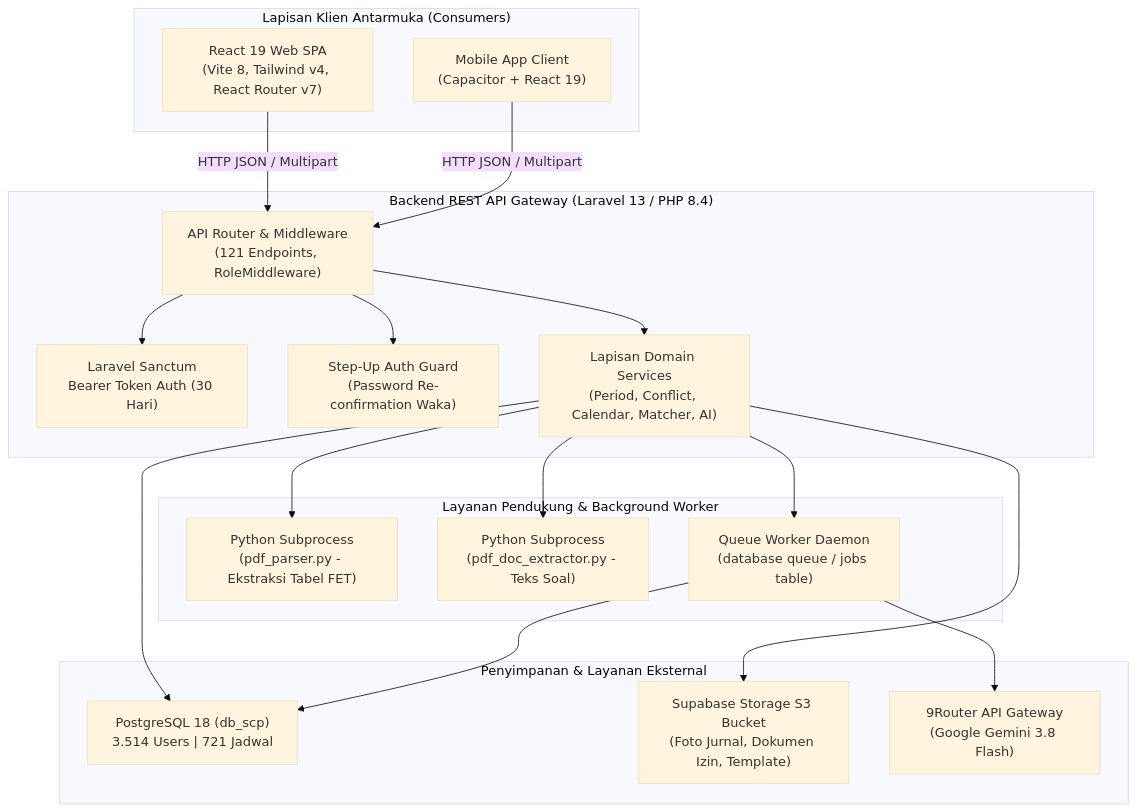
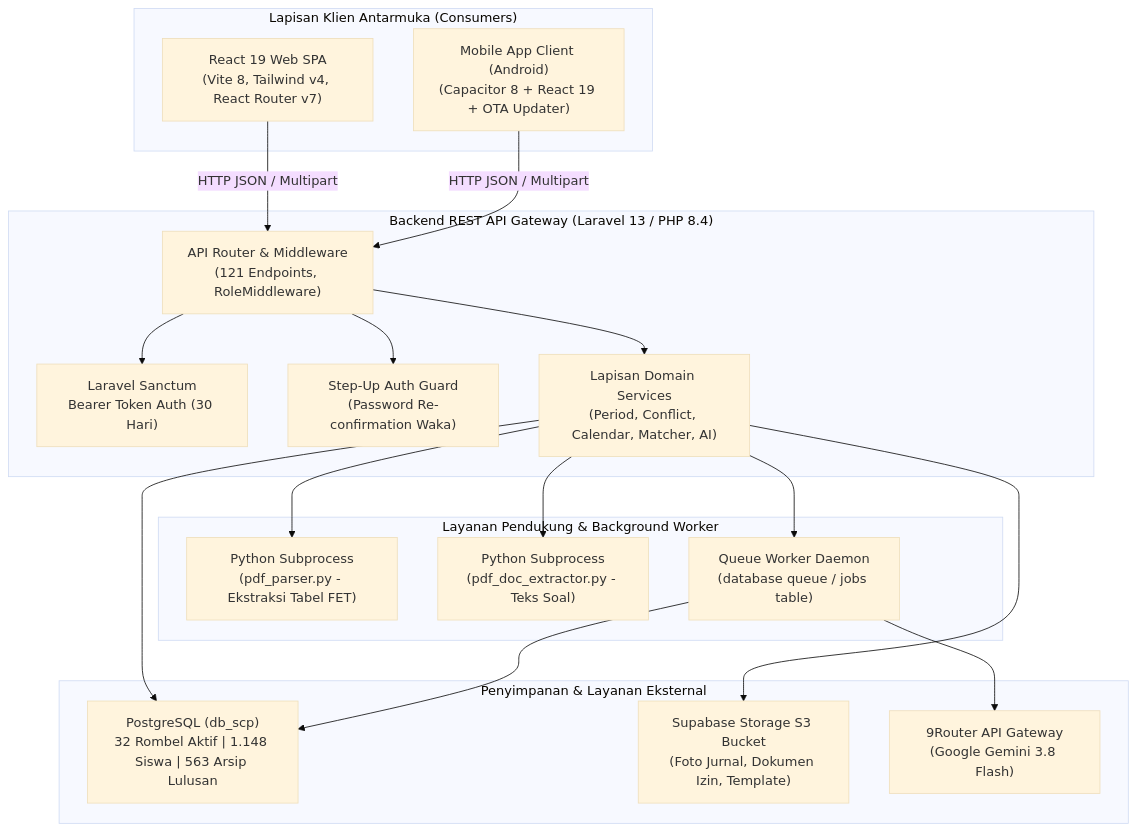
Before and after one commit to lino089/SCP-Project: the first of 4 diagrams in README.md, drawn with Mermaid (base theme). The commit also changed other lines of this file and 18 other files, not shown here.

````diff
--- a/README.md
+++ b/README.md
@@ -52,39 +56,39 @@
 ```mermaid
 flowchart TD
     subgraph Clients["Lapisan Klien Antarmuka (Consumers)"]
         WEB["React 19 Web SPA\n(Vite 8, Tailwind v4, React Router v7)"]
-        MOB["Mobile App Client\n(Capacitor + React 19)"]
+        MOB["Mobile App Client (Android)\n(Capacitor 8 + React 19 + OTA Updater)"]
     end
 
     subgraph BackendAPI["Backend REST API Gateway (Laravel 13 / PHP 8.4)"]
         SANCTUM["Laravel Sanctum\nBearer Token Auth (30 Hari)"]
         STEPUP["Step-Up Auth Guard\n(Password Re-confirmation Waka)"]
         ROUTER["API Router & Middleware\n(121 Endpoints, RoleMiddleware)"]
         SERVICES["Lapisan Domain Services\n(Period, Conflict, Calendar, Matcher, AI)"]
     end
 
     subgraph Subsystems["Layanan Pendukung & Background Worker"]
         PY_FET["Python Subprocess\n(pdf_parser.py - Ekstraksi Tabel FET)"]
         PY_DOC["Python Subprocess\n(pdf_doc_extractor.py - Teks Soal)"]
         QUEUE["Queue Worker Daemon\n(database queue / jobs table)"]
     end
 
     subgraph DataStorage["Penyimpanan & Layanan Eksternal"]
-        PG["PostgreSQL 18 (db_scp)\n3.514 Users | 721 Jadwal"]
+        PG["PostgreSQL (db_scp)\n32 Rombel Aktif | 1.148 Siswa | 563 Arsip Lulusan"]
         S3["Supabase Storage S3 Bucket\n(Foto Jurnal, Dokumen Izin, Template)"]
         GEMINI["9Router API Gateway\n(Google Gemini 3.8 Flash)"]
     end
 
     WEB -->|HTTP JSON / Multipart| ROUTER
     MOB -->|HTTP JSON / Multipart| ROUTER
     ROUTER --> SANCTUM
     ROUTER --> STEPUP
     ROUTER --> SERVICES
     SERVICES --> PG
     SERVICES --> S3
     SERVICES --> QUEUE
     SERVICES --> PY_FET
     SERVICES --> PY_DOC
     QUEUE --> GEMINI
     QUEUE --> PG
 ```
````
